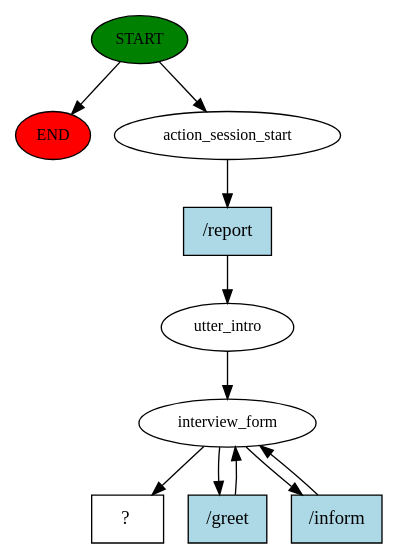
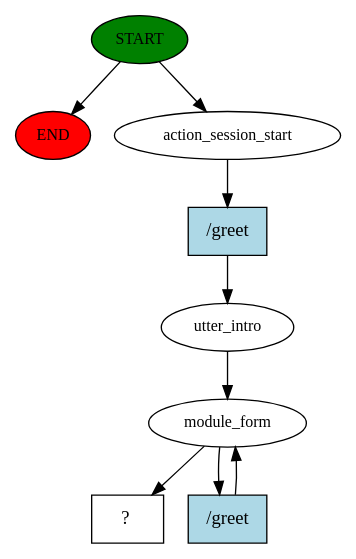
Before and after one commit to MathildaSu/InterviewTrainer: the diagram in story_graph.dot, drawn with Graphviz. The commit also changed 15 other files, not shown here.

```diff
--- a/story_graph.dot
+++ b/story_graph.dot
@@ -1,21 +1,18 @@
 digraph  {
 0 [class="start active", fillcolor=green, fontsize=12, label=START, style=filled];
 "-1" [class=end, fillcolor=red, fontsize=12, label=END, style=filled];
 1 [class=active, fontsize=12, label=action_session_start];
 2 [class=active, fontsize=12, label=utter_intro];
-3 [class=active, fontsize=12, label=interview_form];
-9 [class="intent dashed active", label="  ?  ", shape=rect];
-10 [class="intent active", fillcolor=lightblue, label="/report", shape=rect, style=filled];
-11 [class="intent active", fillcolor=lightblue, label="/greet", shape=rect, style=filled];
-12 [class="intent active", fillcolor=lightblue, label="/inform", shape=rect, style=filled];
+3 [class=active, fontsize=12, label=module_form];
+5 [class="intent dashed active", label="  ?  ", shape=rect];
+6 [class="intent active", fillcolor=lightblue, label="/greet", shape=rect, style=filled];
+7 [class="intent active", fillcolor=lightblue, label="/greet", shape=rect, style=filled];
 0 -> "-1"  [class="", key=NONE, label=""];
 0 -> 1  [class=active, key=NONE, label=""];
-1 -> 10  [class=active, key=0];
+1 -> 6  [class=active, key=0];
 2 -> 3  [class=active, key=NONE, label=""];
-3 -> 9  [class=active, key=NONE, label=""];
-3 -> 11  [class=active, key=0];
-3 -> 12  [class=active, key=0];
-10 -> 2  [class=active, key=0];
-11 -> 3  [class=active, key=0];
-12 -> 3  [class=active, key=0];
+3 -> 5  [class=active, key=NONE, label=""];
+3 -> 7  [class=active, key=0];
+6 -> 2  [class=active, key=0];
+7 -> 3  [class=active, key=0];
 }
```
